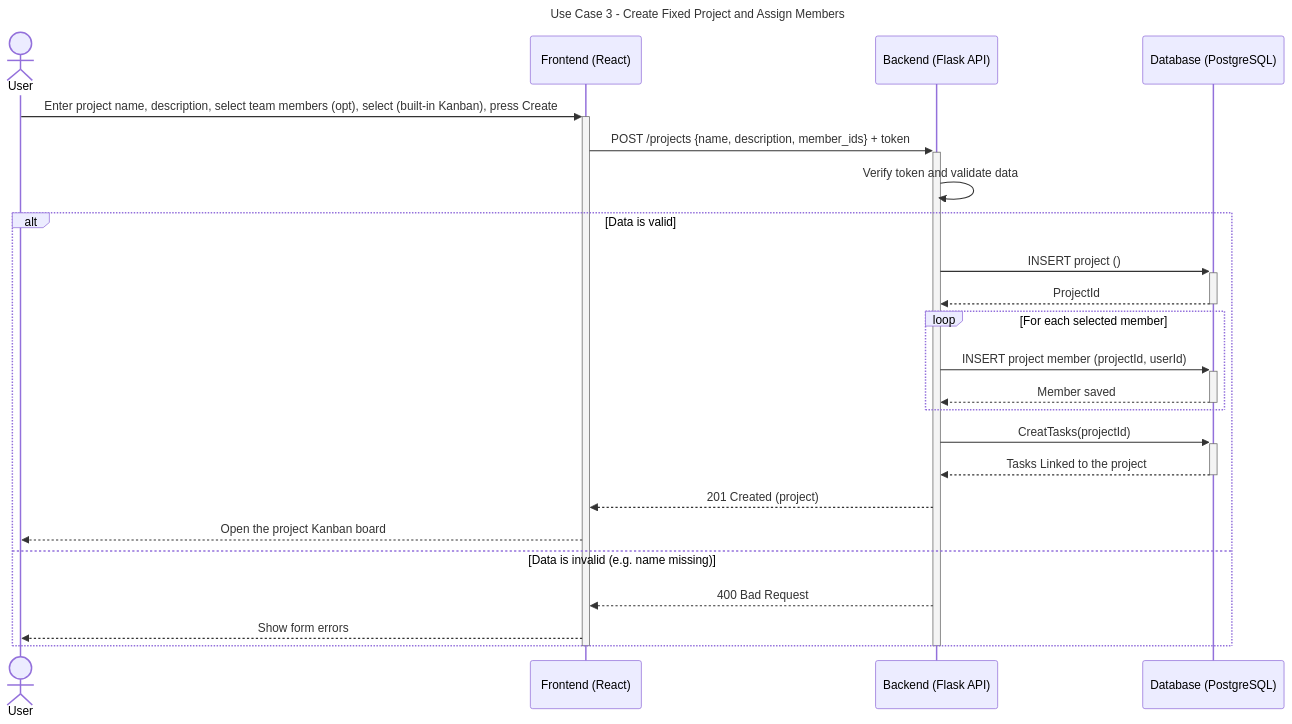
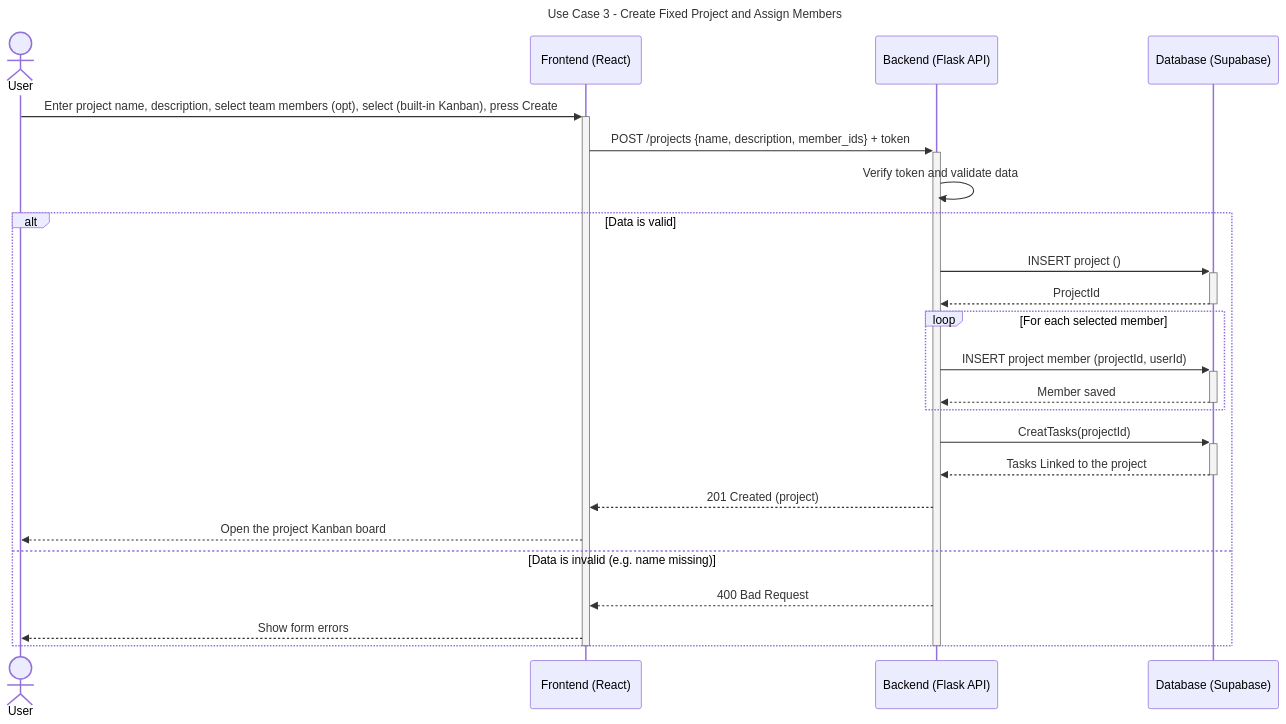
Before and after one commit to Dsa1r/KanbanDoc: the diagram in stage3/sequence-diagrams/03-create-template-project.md, drawn with Mermaid.

Commit message:
Change database from PostgreSQL to Supabase

````diff
--- a/stage3/sequence-diagrams/03-create-template-project.md
+++ b/stage3/sequence-diagrams/03-create-template-project.md
@@ -9,34 +9,34 @@
 ```mermaid
 sequenceDiagram
 title Use Case 3 - Create Fixed Project and Assign Members
     actor U as User
     participant FE as Frontend (React)
     participant BE as Backend (Flask API)
-    participant DB as Database (PostgreSQL)
+    participant DB as Database (Supabase)
  
     U->>+FE: Enter project name, description, select team members (opt), select (built-in Kanban), press Create
     FE->>+BE: POST /projects {name, description, member_ids} + token
     BE->>BE: Verify token and validate data
     alt Data is valid
         BE->>+DB: INSERT project ()
         DB-->>-BE: ProjectId
         loop For each selected member 
             BE->>+DB: INSERT project member (projectId, userId)
             DB-->>-BE: Member saved
         end
 
         BE->>+DB: CreatTasks(projectId)
         DB-->>-BE: Tasks Linked to the project
 
     
         BE-->>FE: 201 Created (project)
         FE-->>U: Open the project Kanban board
     else Data is invalid (e.g. name missing)
         BE-->>FE: 400 Bad Request
         FE-->>U: Show form errors
     end
 
    
     deactivate BE
     deactivate FE
 ```
````
